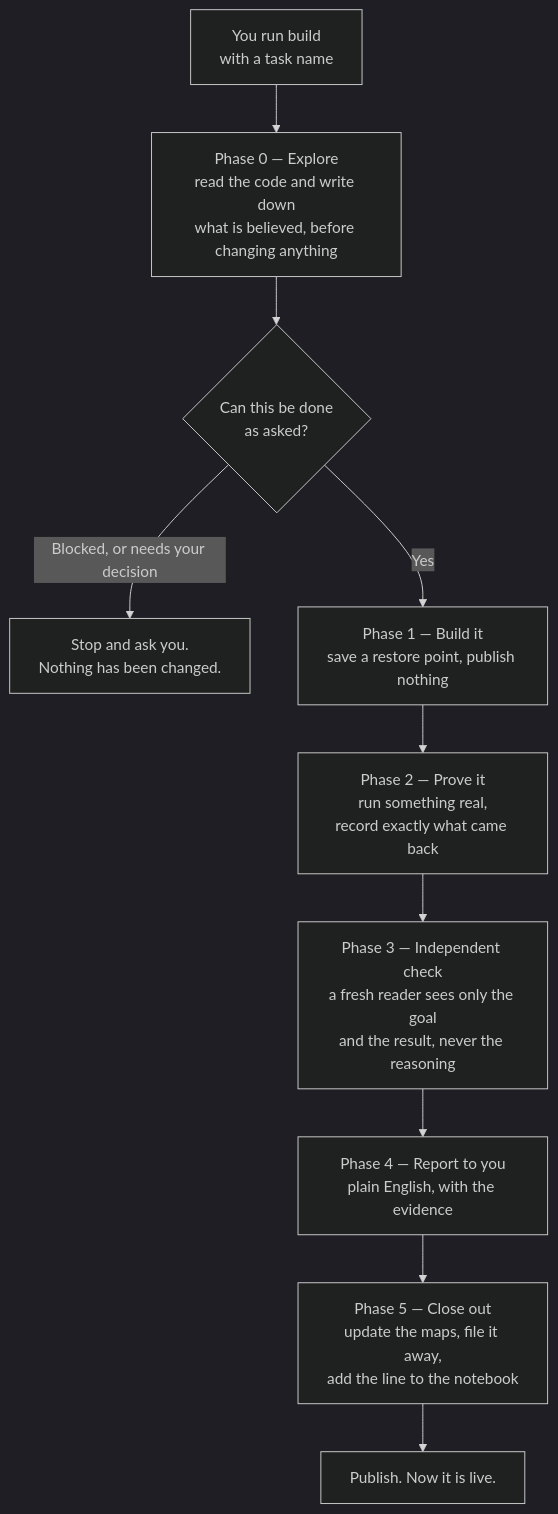
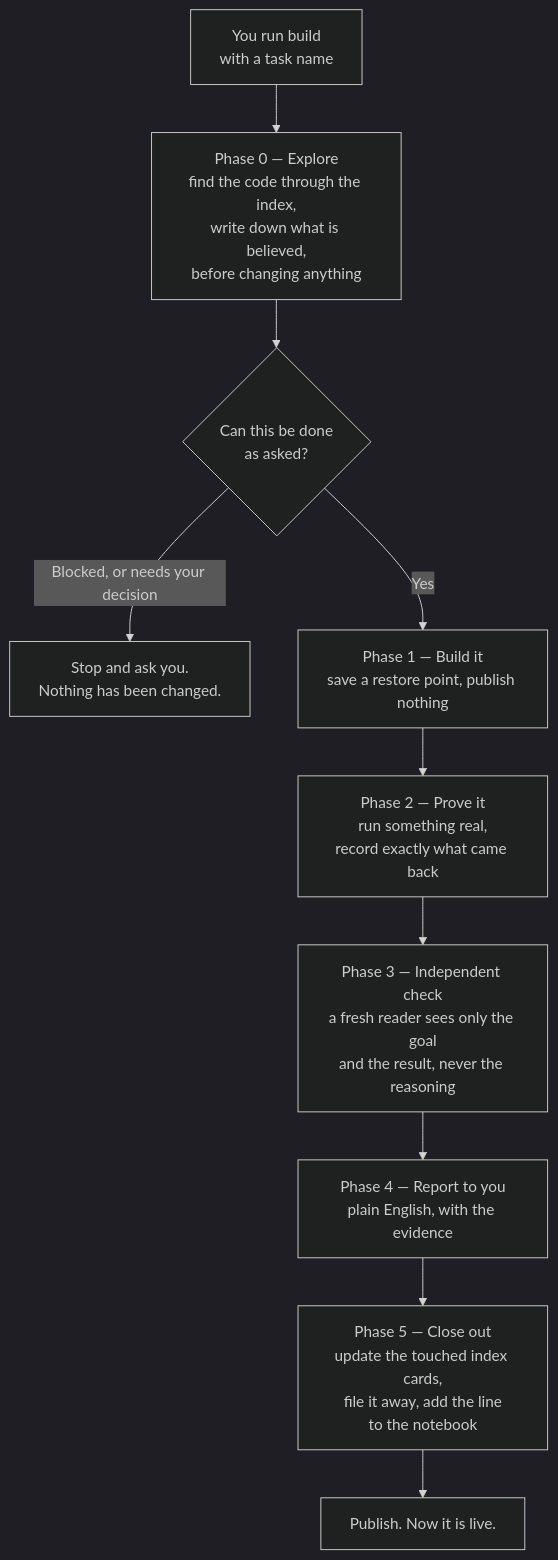
One commit to riddhimjainsandeep-eng/Build-task changed the diagram in docs/flowcharts/03-a-task-start-to-finish.md. Above: the diagram before and after it, drawn with Mermaid (dark theme). The commit also changed other lines of this file and 4 other files, not shown here.

Commit message:
Docs and version 2.0.0 for the single build-task

````diff
--- a/docs/flowcharts/03-a-task-start-to-finish.md
+++ b/docs/flowcharts/03-a-task-start-to-finish.md
@@ -3,14 +3,14 @@
 ```mermaid
 flowchart TD
-    A["You run build<br/>with a task name"] --> P0["Phase 0 — Explore<br/>read the code and write down<br/>what is believed, before changing anything"]
+    A["You run build<br/>with a task name"] --> P0["Phase 0 — Explore<br/>find the code through the index,<br/>write down what is believed,<br/>before changing anything"]
 
     P0 --> V{"Can this be done<br/>as asked?"}
     V -->|"Blocked, or needs your decision"| STOP["Stop and ask you.<br/>Nothing has been changed."]
     V -->|"Yes"| P1["Phase 1 — Build it<br/>save a restore point, publish nothing"]
 
     P1 --> P2["Phase 2 — Prove it<br/>run something real,<br/>record exactly what came back"]
     P2 --> P3["Phase 3 — Independent check<br/>a fresh reader sees only the goal<br/>and the result, never the reasoning"]
     P3 --> P4["Phase 4 — Report to you<br/>plain English, with the evidence"]
-    P4 --> P5["Phase 5 — Close out<br/>update the maps, file it away,<br/>add the line to the notebook"]
+    P4 --> P5["Phase 5 — Close out<br/>update the touched index cards,<br/>file it away, add the line<br/>to the notebook"]
     P5 --> LIVE["Publish. Now it is live."]
 ```
````
